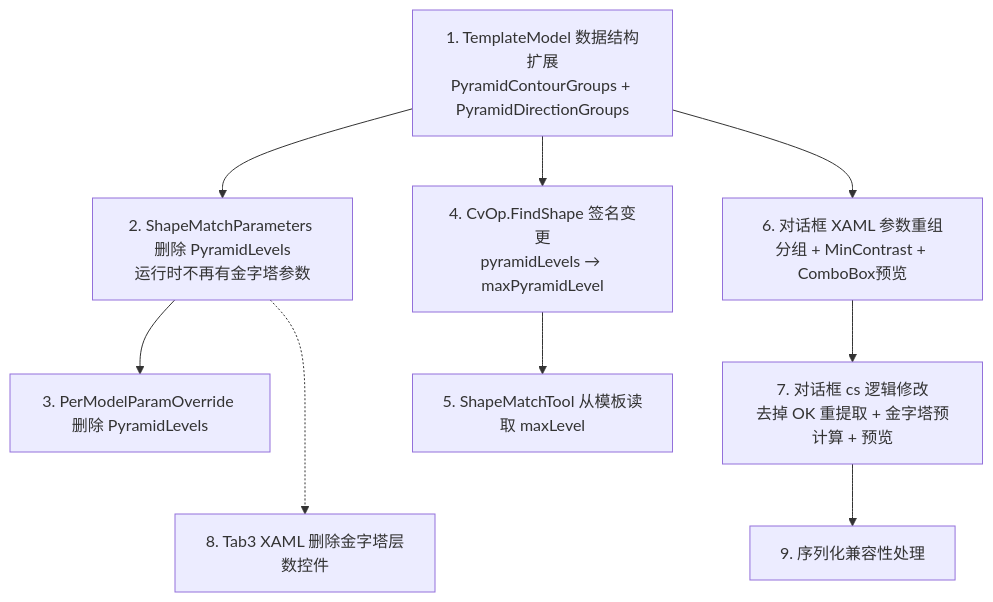
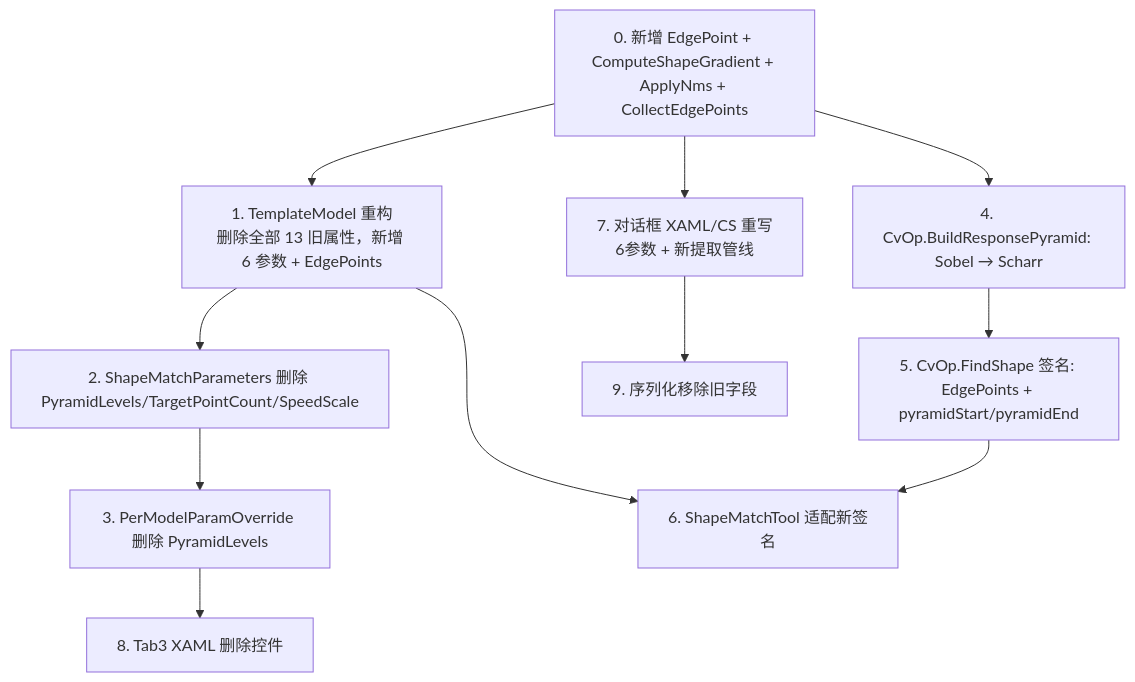
The second of 2 diagrams in docs/框架设计文档/轮廓匹配算法优化方案.md (houzj/SunEyeVision_V2), drawn with Mermaid before and after one commit. The commit also changed other lines of this file and 15 other files, not shown here.

````diff
--- a/docs/框架设计文档/轮廓匹配算法优化方案.md
+++ b/docs/框架设计文档/轮廓匹配算法优化方案.md
@@ -582,18 +687,18 @@
 ```mermaid
 flowchart TD
-    S1["1. TemplateModel 数据结构扩展<br/>PyramidContourGroups + PyramidDirectionGroups"]
-    S2["2. ShapeMatchParameters 删除 PyramidLevels<br/>运行时不再有金字塔参数"]
+    S0["0. 新增 EdgePoint + ComputeShapeGradient + ApplyNms + CollectEdgePoints"]
+    S1["1. TemplateModel 重构<br/>删除全部 13 旧属性，新增 6 参数 + EdgePoints"]
+    S2["2. ShapeMatchParameters 删除 PyramidLevels/TargetPointCount/SpeedScale"]
     S3["3. PerModelParamOverride 删除 PyramidLevels"]
-    S4["4. CvOp.FindShape 签名变更<br/>pyramidLevels → maxPyramidLevel"]
-    S5["5. ShapeMatchTool 从模板读取 maxLevel"]
-    S6["6. 对话框 XAML 参数重组<br/>分组 + MinContrast + ComboBox预览"]
-    S7["7. 对话框 cs 逻辑修改<br/>去掉 OK 重提取 + 金字塔预计算 + 预览"]
-    S8["8. Tab3 XAML 删除金字塔层数控件"]
-    S9["9. 序列化兼容性处理"]
+    S4["4. CvOp.BuildResponsePyramid: Sobel → Scharr"]
+    S5["5. CvOp.FindShape 签名: EdgePoints + pyramidStart/pyramidEnd"]
+    S6["6. ShapeMatchTool 适配新签名"]
+    S7["7. 对话框 XAML/CS 重写<br/>6参数 + 新提取管线"]
+    S8["8. Tab3 XAML 删除控件"]
+    S9["9. 序列化移除旧字段"]
 
-    S1 --> S2 --> S3
-    S1 --> S4 --> S5
-    S1 --> S6 --> S7
-    S7 --> S9
-    S2 -..-> S8
+    S0 --> S1 --> S6
+    S0 --> S4 --> S5 --> S6
+    S0 --> S7 --> S9
+    S1 --> S2 --> S3 --> S8
 ```
````
